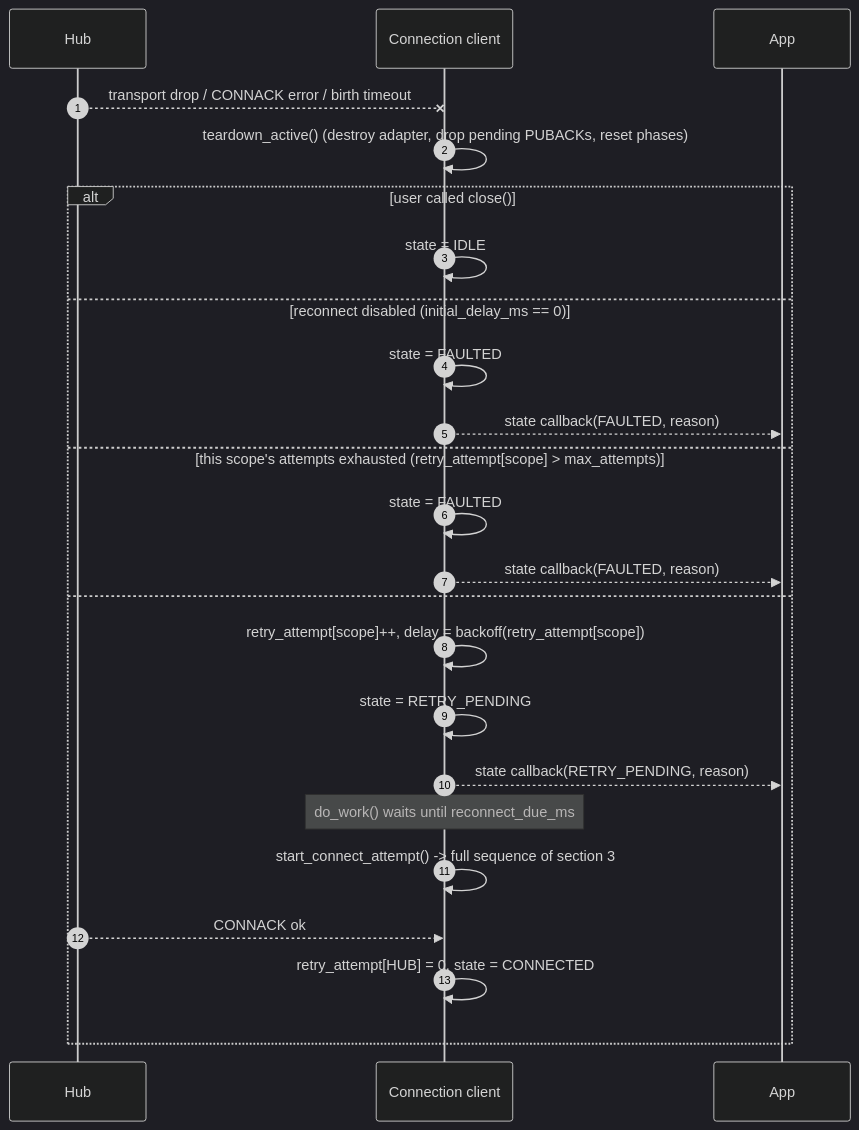
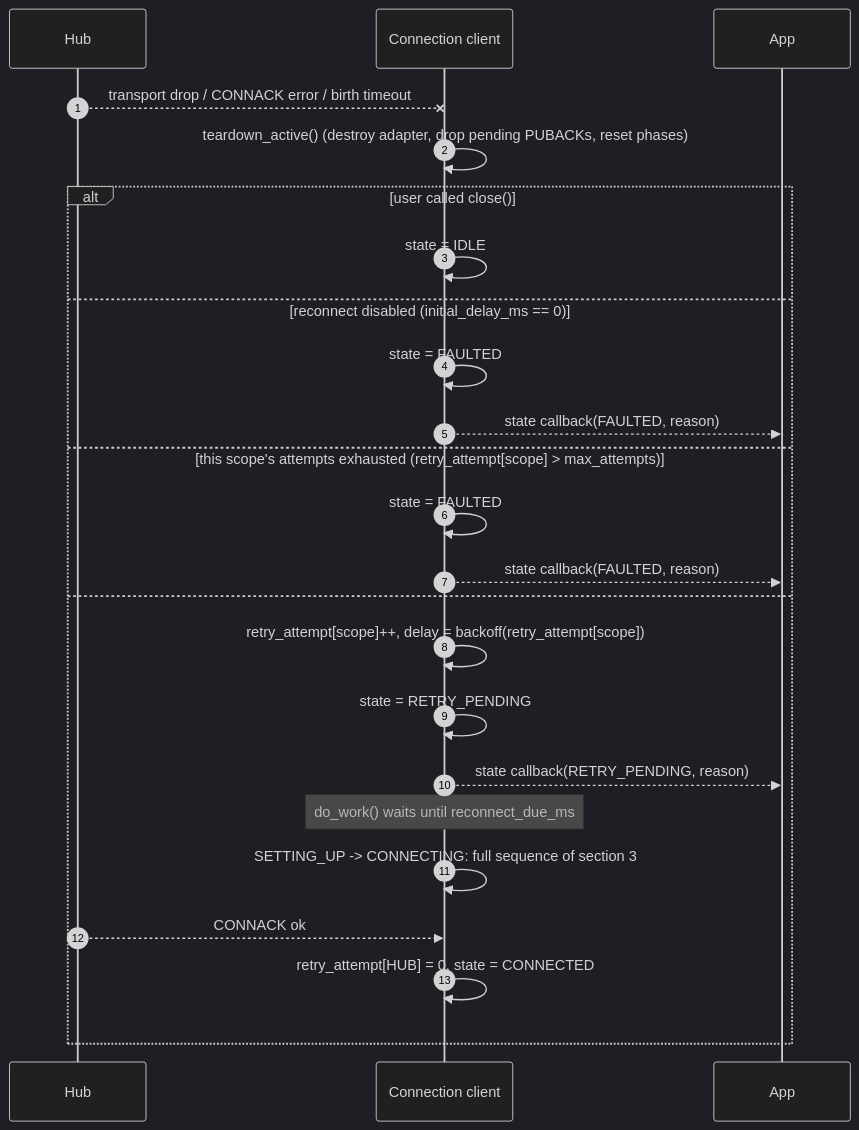
One commit to Azure/azure-iot-sdk changed the fifth of 9 diagrams in c/docs/eng/connection.md. Above: the diagram before and after it, drawn with Mermaid (dark theme). The commit also changed other lines of this file and 12 other files, not shown here.

````diff
--- a/c/docs/eng/connection.md
+++ b/c/docs/eng/connection.md
@@ -321,27 +326,27 @@
 ```mermaid
 sequenceDiagram
     autonumber
     participant Hub
     participant Conn as Connection client
     participant App
 
     Hub--xConn: transport drop / CONNACK error / birth timeout
     Conn->>Conn: teardown_active() (destroy adapter, drop pending PUBACKs, reset phases)
     alt user called close()
         Conn->>Conn: state = IDLE
     else reconnect disabled (initial_delay_ms == 0)
         Conn->>Conn: state = FAULTED
         Conn-->>App: state callback(FAULTED, reason)
     else this scope's attempts exhausted (retry_attempt[scope] > max_attempts)
         Conn->>Conn: state = FAULTED
         Conn-->>App: state callback(FAULTED, reason)
     else
         Conn->>Conn: retry_attempt[scope]++, delay = backoff(retry_attempt[scope])
         Conn->>Conn: state = RETRY_PENDING
         Conn-->>App: state callback(RETRY_PENDING, reason)
         Note over Conn: do_work() waits until reconnect_due_ms
-        Conn->>Conn: start_connect_attempt() -> full sequence of section 3
+        Conn->>Conn: SETTING_UP -> CONNECTING: full sequence of section 3
         Hub-->>Conn: CONNACK ok
         Conn->>Conn: retry_attempt[HUB] = 0, state = CONNECTED
     end
 ```
````
